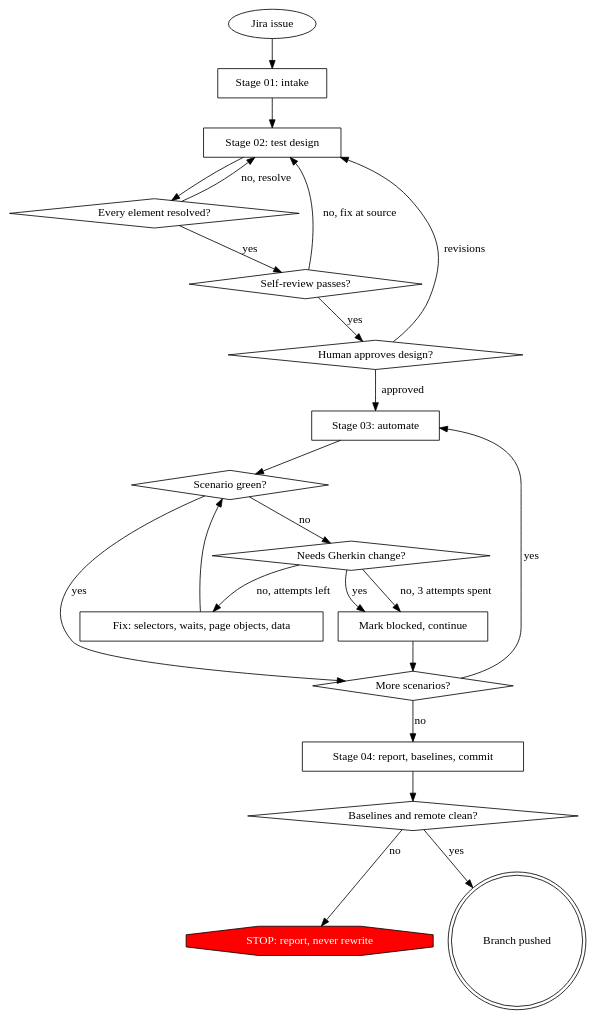
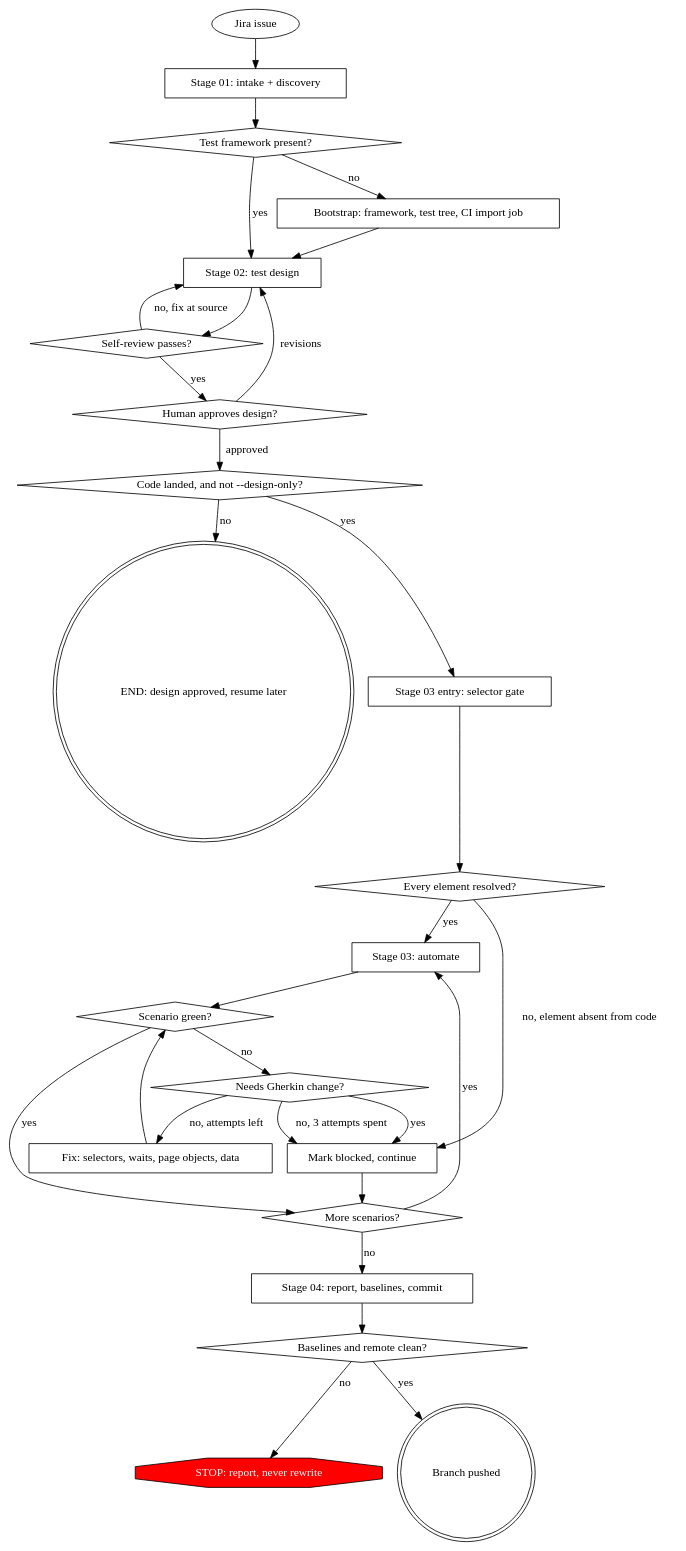
The diagram in speckit-qa-auto/README.md (chuongxl/agents-skills), drawn with Graphviz before and after one commit. The commit also changed other lines of this file and 14 other files, not shown here.

````diff
--- a/speckit-qa-auto/README.md
+++ b/speckit-qa-auto/README.md
@@ -42,45 +61,58 @@
 ```dot
 digraph qa_pipeline {
     "Jira issue" [shape=ellipse];
-    "Stage 01: intake" [shape=box];
+    "Stage 01: intake + discovery" [shape=box];
+    "Test framework present?" [shape=diamond];
+    "Bootstrap: framework, test tree, CI import job" [shape=box];
     "Stage 02: test design" [shape=box];
-    "Every element resolved?" [shape=diamond];
     "Self-review passes?" [shape=diamond];
     "Human approves design?" [shape=diamond];
+    "Code landed, and not --design-only?" [shape=diamond];
+    "END: design approved, resume later" [shape=doublecircle];
+    "Stage 03 entry: selector gate" [shape=box];
+    "Every element resolved?" [shape=diamond];
     "Stage 03: automate" [shape=box];
     "Scenario green?" [shape=diamond];
     "Needs Gherkin change?" [shape=diamond];
     "Fix: selectors, waits, page objects, data" [shape=box];
     "Mark blocked, continue" [shape=box];
     "More scenarios?" [shape=diamond];
     "Stage 04: report, baselines, commit" [shape=box];
     "Baselines and remote clean?" [shape=diamond];
     "STOP: report, never rewrite" [shape=octagon, style=filled, fillcolor=red, fontcolor=white];
     "Branch pushed" [shape=doublecircle];
 
-    "Jira issue" -> "Stage 01: intake";
-    "Stage 01: intake" -> "Stage 02: test design";
-    "Stage 02: test design" -> "Every element resolved?";
-    "Every element resolved?" -> "Stage 02: test design" [label="no, resolve"];
-    "Every element resolved?" -> "Self-review passes?" [label="yes"];
+    "Jira issue" -> "Stage 01: intake + discovery";
+    "Stage 01: intake + discovery" -> "Test framework present?";
+    "Test framework present?" -> "Bootstrap: framework, test tree, CI import job" [label="no"];
+    "Bootstrap: framework, test tree, CI import job" -> "Stage 02: test design";
+    "Test framework present?" -> "Stage 02: test design" [label="yes"];
+
+    "Stage 02: test design" -> "Self-review passes?";
     "Self-review passes?" -> "Stage 02: test design" [label="no, fix at source"];
     "Self-review passes?" -> "Human approves design?" [label="yes"];
     "Human approves design?" -> "Stage 02: test design" [label="revisions"];
-    "Human approves design?" -> "Stage 03: automate" [label="approved"];
+    "Human approves design?" -> "Code landed, and not --design-only?" [label="approved"];
+    "Code landed, and not --design-only?" -> "END: design approved, resume later" [label="no"];
+    "Code landed, and not --design-only?" -> "Stage 03 entry: selector gate" [label="yes"];
+
+    "Stage 03 entry: selector gate" -> "Every element resolved?";
+    "Every element resolved?" -> "Mark blocked, continue" [label="no, element absent from code"];
+    "Every element resolved?" -> "Stage 03: automate" [label="yes"];
 
     "Stage 03: automate" -> "Scenario green?";
     "Scenario green?" -> "More scenarios?" [label="yes"];
     "Scenario green?" -> "Needs Gherkin change?" [label="no"];
     "Needs Gherkin change?" -> "Mark blocked, continue" [label="yes"];
     "Needs Gherkin change?" -> "Fix: selectors, waits, page objects, data" [label="no, attempts left"];
     "Needs Gherkin change?" -> "Mark blocked, continue" [label="no, 3 attempts spent"];
     "Fix: selectors, waits, page objects, data" -> "Scenario green?";
     "Mark blocked, continue" -> "More scenarios?";
     "More scenarios?" -> "Stage 03: automate" [label="yes"];
     "More scenarios?" -> "Stage 04: report, baselines, commit" [label="no"];
 
     "Stage 04: report, baselines, commit" -> "Baselines and remote clean?";
     "Baselines and remote clean?" -> "Branch pushed" [label="yes"];
     "Baselines and remote clean?" -> "STOP: report, never rewrite" [label="no"];
 }
 ```
````
